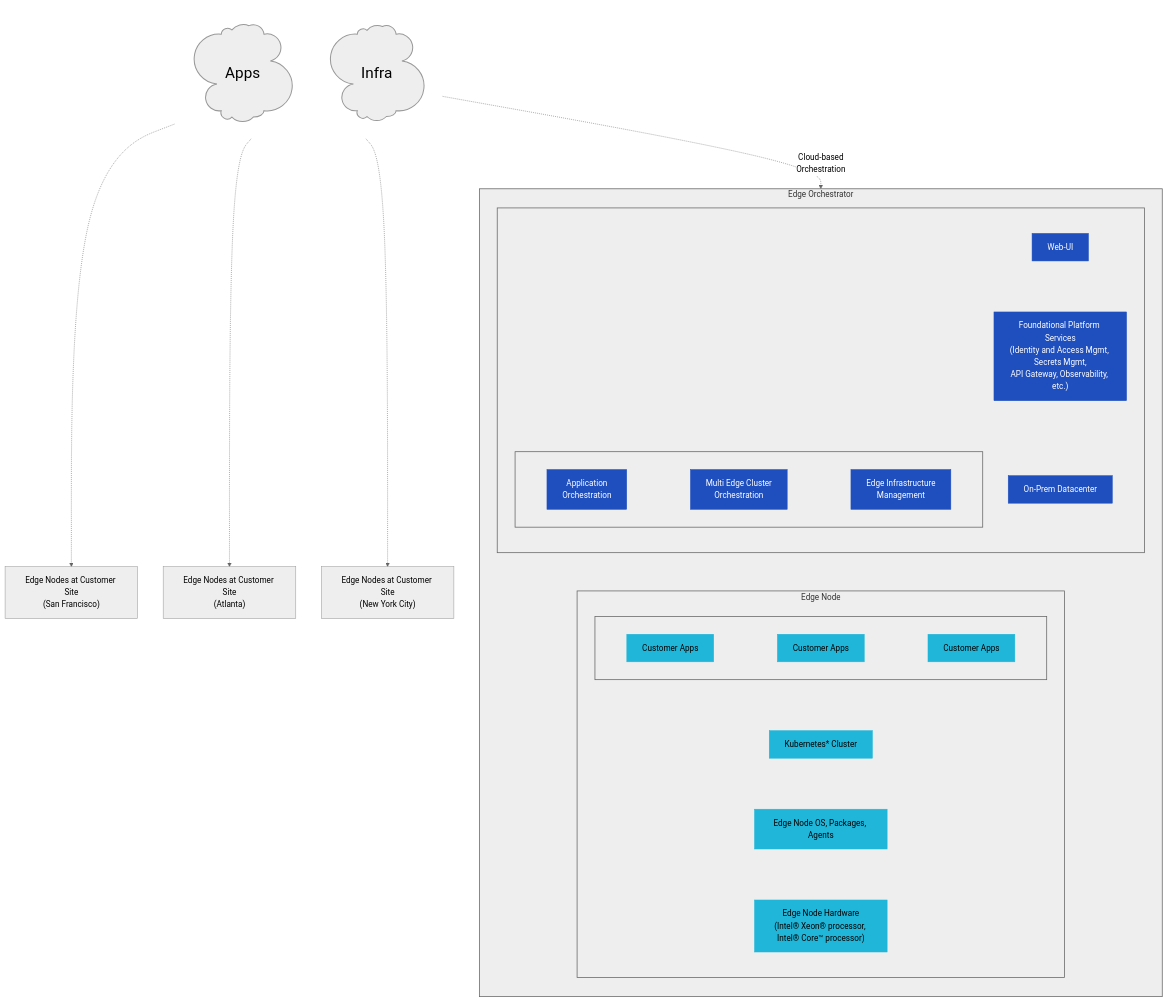
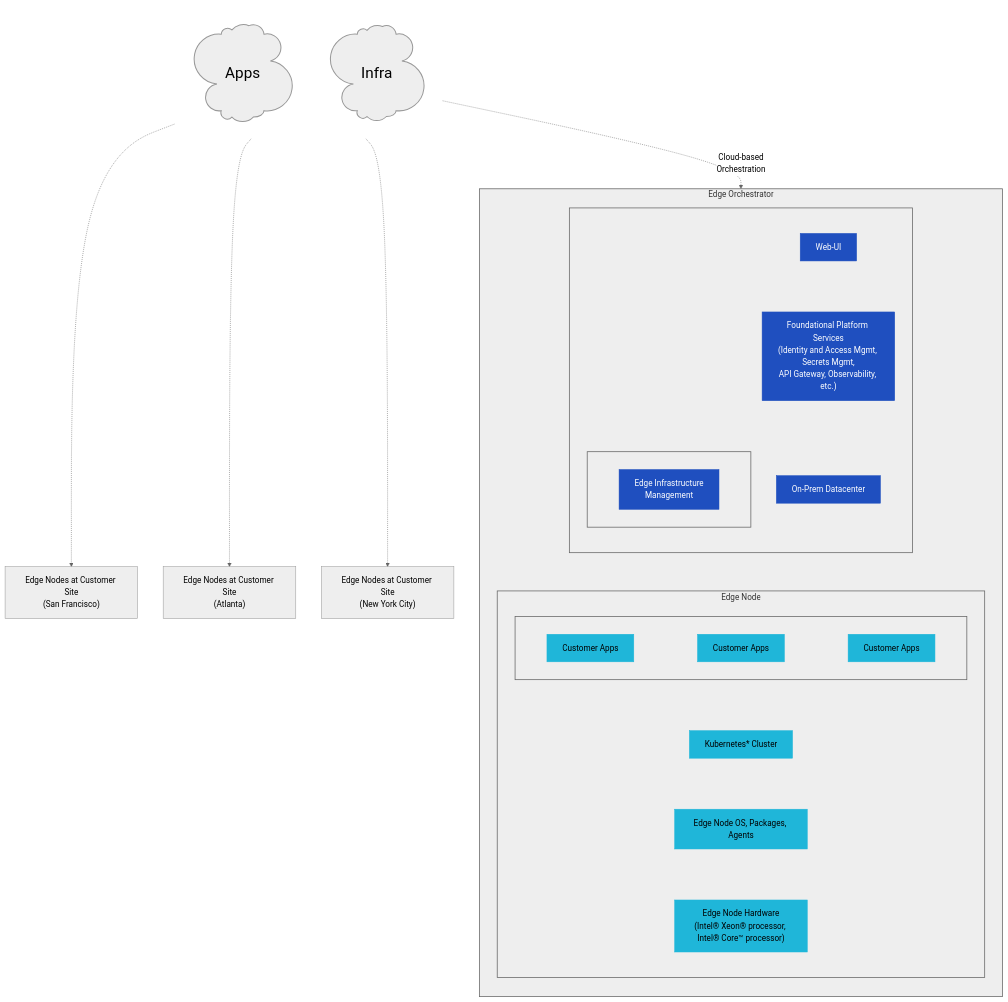
One commit to open-edge-platform/edge-manageability-framework changed the diagram in README.md. Above: the diagram before and after it, drawn with Mermaid (neutral theme). The commit also changed other lines of this file, not shown here.

```diff
--- a/README.md
+++ b/README.md
@@ -55,8 +54,6 @@
 
         subgraph OrchestrationLayer[" "]
             direction LR
-            AppOrch["Application<br>Orchestration"] ~~~
-            ClusterOrch["Multi Edge Cluster<br>Orchestration"] ~~~
             InfraMgmt["Edge Infrastructure<br>Management"] 
         end
 
```
